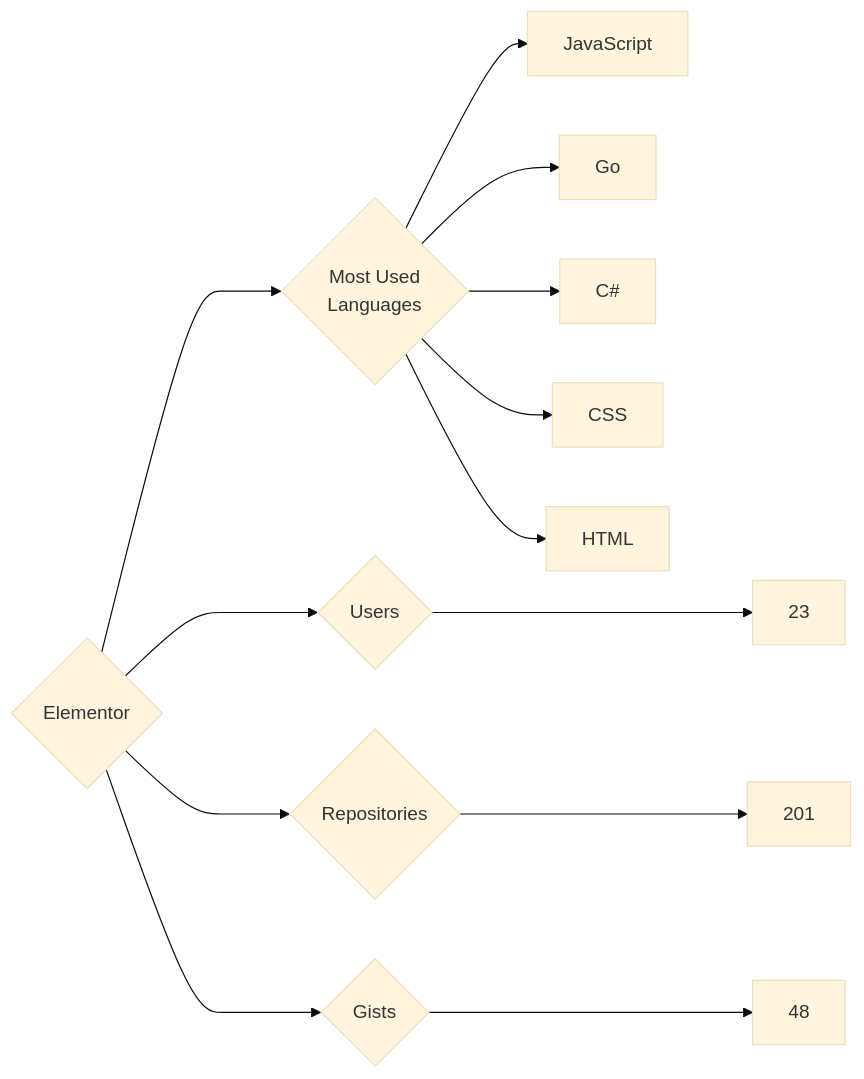
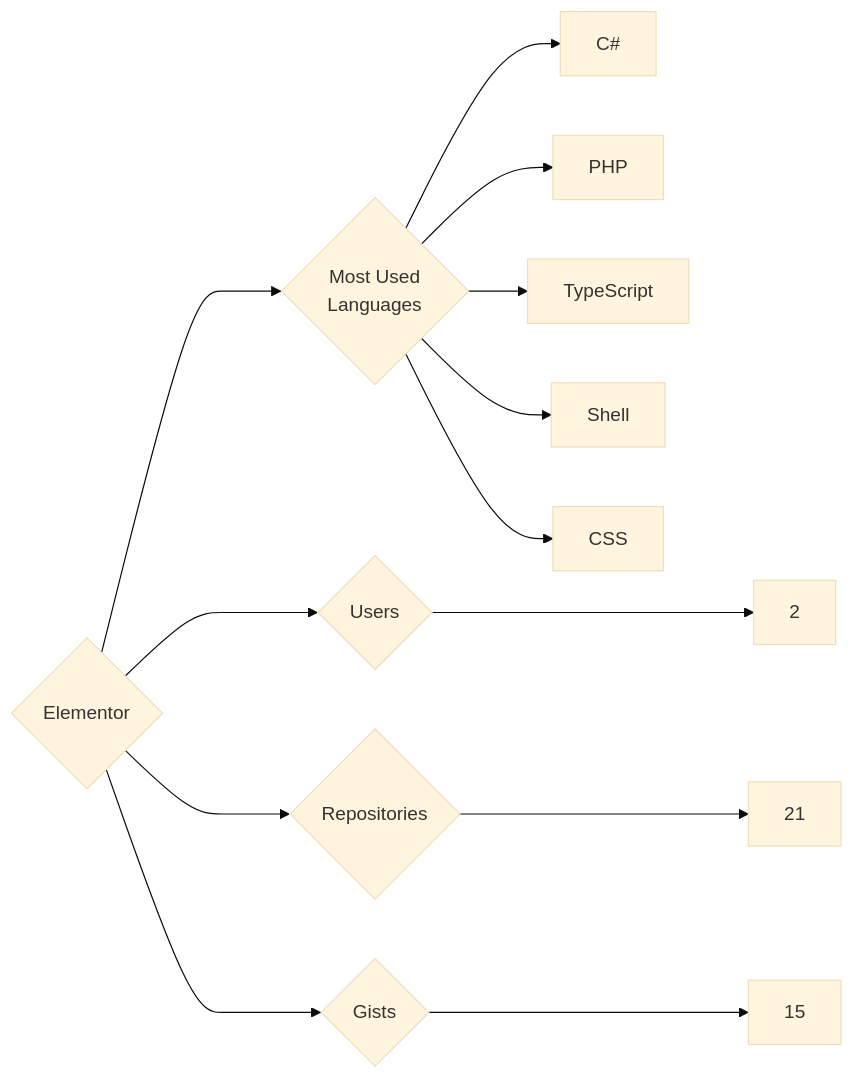
The diagram in targets/Elementor/README.md (trickest/insiders), drawn with Mermaid (base theme) before and after one commit. The commit also changed 629 other files, not shown here.

````diff
--- a/targets/Elementor/README.md
+++ b/targets/Elementor/README.md
@@ -3,13 +3,13 @@
 ```mermaid
 graph LR
 COMPANY_NAME{Elementor}
-COMPANY_NAME ---> U{Users} ---> UN[23]
-COMPANY_NAME ---> R{Repositories} ---> RN[201]
-COMPANY_NAME ---> G{Gists} ---> GN[48]
+COMPANY_NAME ---> U{Users} ---> UN[2]
+COMPANY_NAME ---> R{Repositories} ---> RN[21]
+COMPANY_NAME ---> G{Gists} ---> GN[15]
 COMPANY_NAME ---> ML{Most Used<br>Languages}
-ML --> JavaScript[JavaScript]
-ML --> Go[Go]
 ML --> C#[C#]
+ML --> PHP[PHP]
+ML --> TypeScript[TypeScript]
+ML --> Shell[Shell]
 ML --> CSS[CSS]
-ML --> HTML[HTML]
 ```
````
